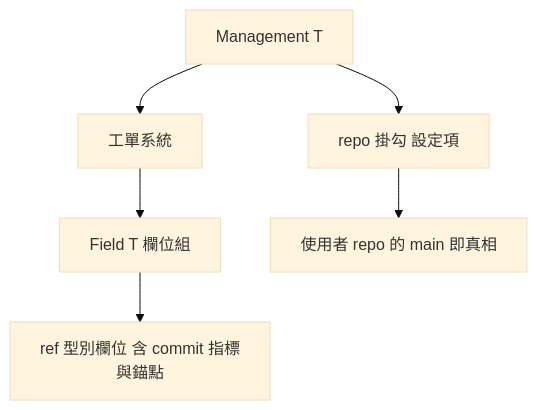
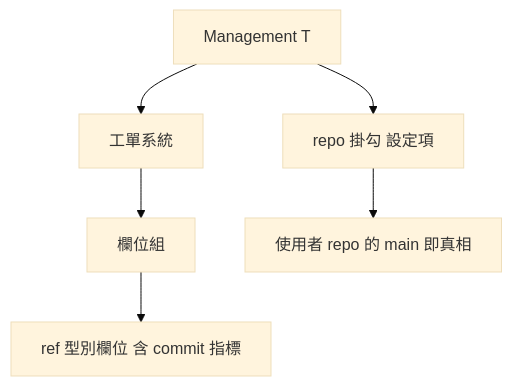
One commit to almightyken0425/KnowledgeVault changed the second of 2 diagrams in no03_Product_Management_Guide/no1_Product_Management_Foundation/no3_igotthis_system_concept/no3_organization_structure.md. Above: the diagram before and after it, drawn with Mermaid (base theme). The commit also changed other lines of this file and 7 other files, not shown here.

````diff
--- a/no03_Product_Management_Guide/no1_Product_Management_Foundation/no3_igotthis_system_concept/no3_organization_structure.md
+++ b/no03_Product_Management_Guide/no1_Product_Management_Foundation/no3_igotthis_system_concept/no3_organization_structure.md
@@ -86,8 +86,8 @@
 ```mermaid
 flowchart TD
     M["Management T"] --> I["工單系統"]
     M --> RG["repo 掛勾 設定項"]
-    I --> F["Field T 欄位組"]
-    F --> RF["ref 型別欄位 含 commit 指標與錨點"]
+    I --> F["欄位組"]
+    F --> RF["ref 型別欄位 含 commit 指標"]
     RG --> UR["使用者 repo 的 main 即真相"]
 ```
````
